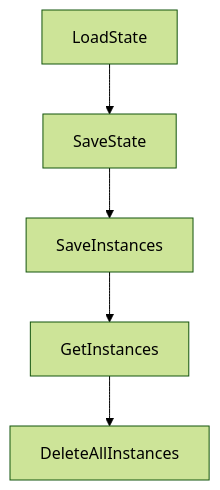
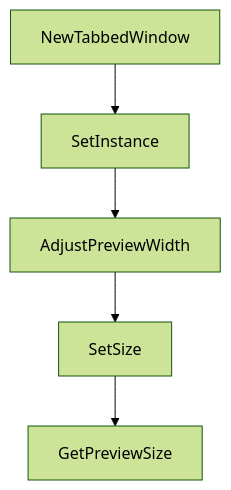
One commit to johnxie/awesome-code-docs changed the diagram in tutorials/claude-squad-tutorial/08-production-team-operations.md. Above: the diagram before and after it, drawn with Mermaid (forest theme). The commit also changed other lines of this file and 1232 other files, not shown here.

````diff
--- a/tutorials/claude-squad-tutorial/08-production-team-operations.md
+++ b/tutorials/claude-squad-tutorial/08-production-team-operations.md
@@ -204,12 +202,12 @@
 ```mermaid
 flowchart TD
-    A[LoadState]
-    B[SaveState]
-    C[SaveInstances]
-    D[GetInstances]
-    E[DeleteAllInstances]
+    A[NewTabbedWindow]
+    B[SetInstance]
+    C[AdjustPreviewWidth]
+    D[SetSize]
+    E[GetPreviewSize]
     A --> B
     B --> C
     C --> D
     D --> E
 ```
````
